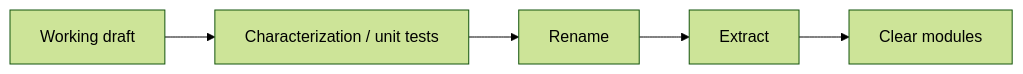
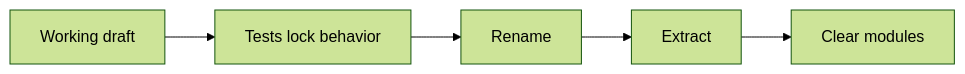
One commit to pmagnomuller/pmagnomuller.github.io changed the diagram in _cleancode/ch14-successive-refinement.md. Above: the diagram before and after it, drawn with Mermaid (forest theme). The commit also changed other lines of this file and 28 other files, not shown here.

````diff
--- a/_cleancode/ch14-successive-refinement.md
+++ b/_cleancode/ch14-successive-refinement.md
@@ -19,7 +32,7 @@
 ```mermaid
 flowchart LR
-  Draft[Working draft] --> Tests[Characterization / unit tests]
+  Draft[Working draft] --> Tests[Tests lock behavior]
   Tests --> Rename[Rename]
   Rename --> Extract[Extract]
   Extract --> Shape[Clear modules]
 ```
````
